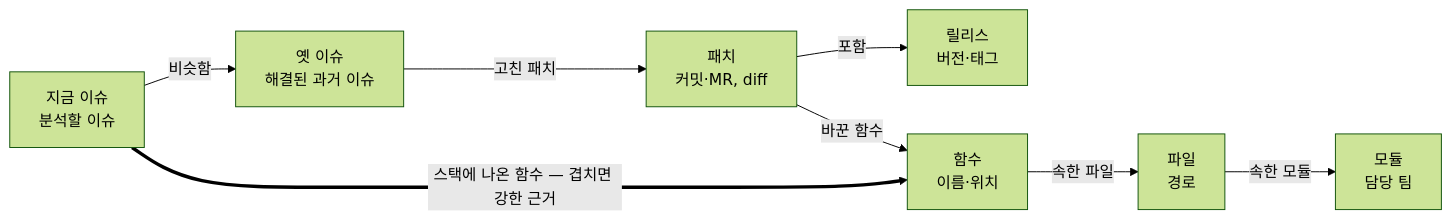
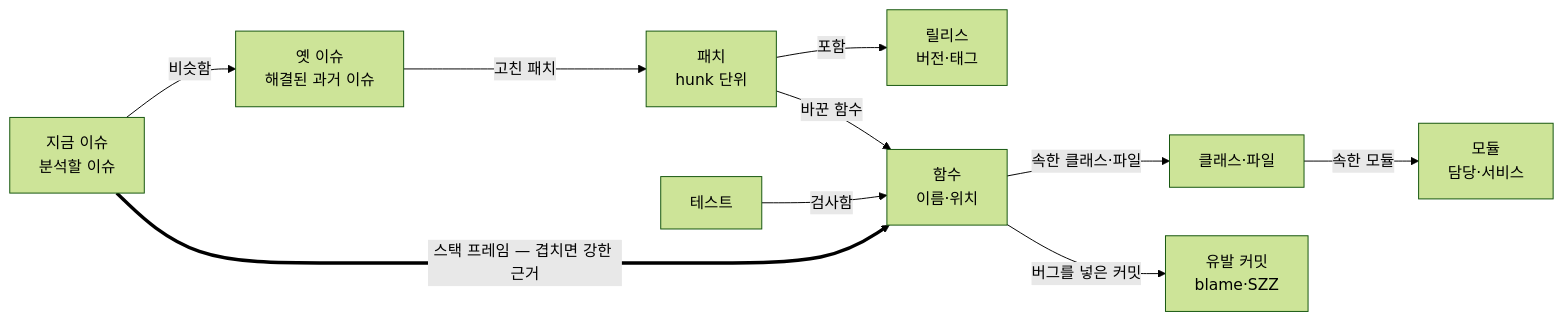
One commit to min5859/llm_wiki changed the second of 2 diagrams in wiki/patterns/headless-agent-kb-research-enforcement.md. Above: the diagram before and after it, drawn with Mermaid (forest theme). The commit also changed other lines of this file and 2 other files, not shown here.

````diff
--- a/wiki/patterns/headless-agent-kb-research-enforcement.md
+++ b/wiki/patterns/headless-agent-kb-research-enforcement.md
@@ -242,10 +334,12 @@
 ```mermaid
 flowchart LR
   NOW["지금 이슈<br/>분석할 이슈"] -->|"비슷함"| OLD["옛 이슈<br/>해결된 과거 이슈"]
-  OLD -->|"고친 패치"| PATCH["패치<br/>커밋·MR, diff"]
+  OLD -->|"고친 패치"| PATCH["패치<br/>hunk 단위"]
   PATCH -->|"포함"| REL["릴리스<br/>버전·태그"]
   PATCH -->|"바꾼 함수"| FN["함수<br/>이름·위치"]
-  FN -->|"속한 파일"| FILE["파일<br/>경로"]
-  FILE -->|"속한 모듈"| MOD["모듈<br/>담당 팀"]
-  NOW ==>|"스택에 나온 함수 — 겹치면 강한 근거"| FN
+  FN -->|"속한 클래스·파일"| FILE["클래스·파일"]
+  FILE -->|"속한 모듈"| MOD["모듈<br/>담당·서비스"]
+  FN -->|"버그를 넣은 커밋"| INTRO["유발 커밋<br/>blame·SZZ"]
+  TEST["테스트"] -->|"검사함"| FN
+  NOW ==>|"스택 프레임 — 겹치면 강한 근거"| FN
 ```
````
